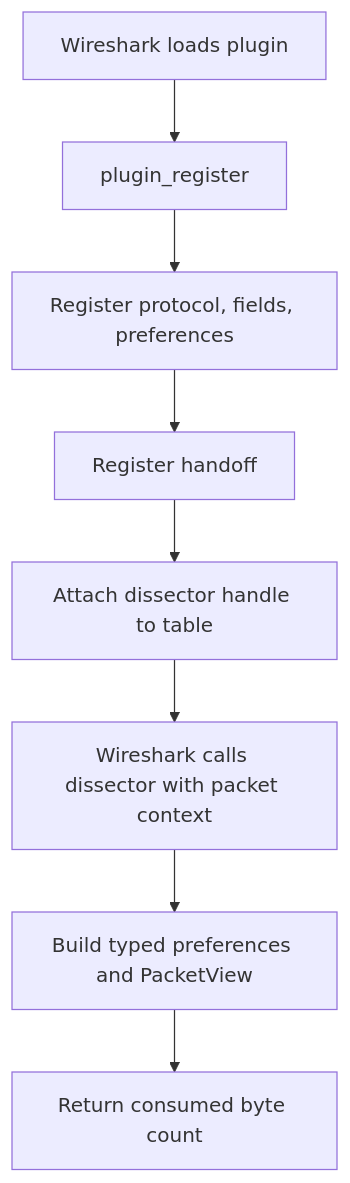
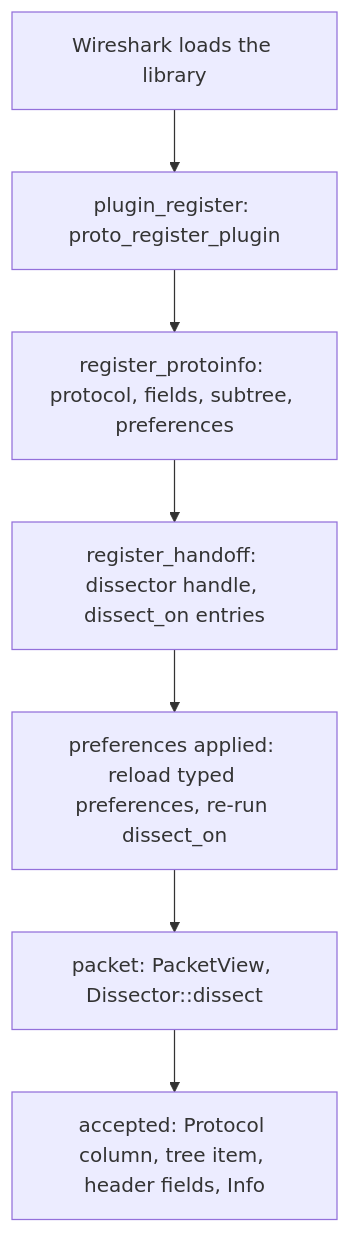
Before and after one commit to jose-pr/libwireshark-rs: the diagram in docs/architecture.md, drawn with Mermaid. The commit also changed other lines of this file and 13 other files, not shown here.

````diff
--- a/docs/architecture.md
+++ b/docs/architecture.md
@@ -31,10 +39,9 @@
 ```mermaid
 flowchart TD
-    A[Wireshark loads plugin] --> B[plugin_register]
-    B --> C[Register protocol, fields, preferences]
-    C --> D[Register handoff]
-    D --> E[Attach dissector handle to table]
-    E --> F[Wireshark calls dissector with packet context]
-    F --> G[Build typed preferences and PacketView]
-    G --> H[Return consumed byte count]
+    L[Wireshark loads the library] --> R[plugin_register: proto_register_plugin]
+    R --> P[register_protoinfo: protocol, fields, subtree, preferences]
+    P --> H[register_handoff: dissector handle, dissect_on entries]
+    H --> A[preferences applied: reload typed preferences, re-run dissect_on]
+    A --> D[packet: PacketView, Dissector::dissect]
+    D --> C[accepted: Protocol column, tree item, header fields, Info]
 ```
````
